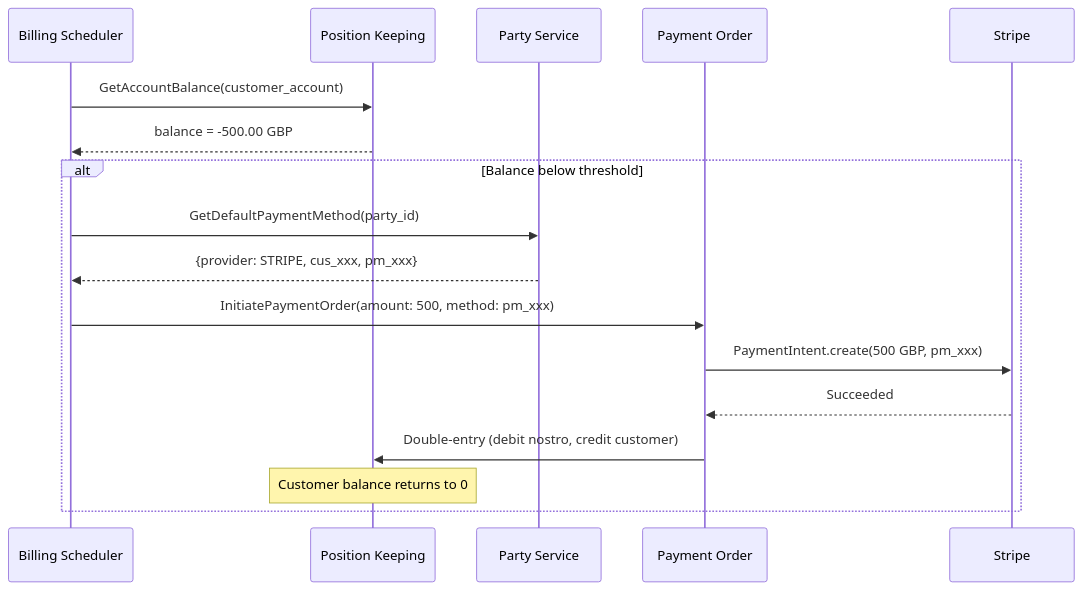
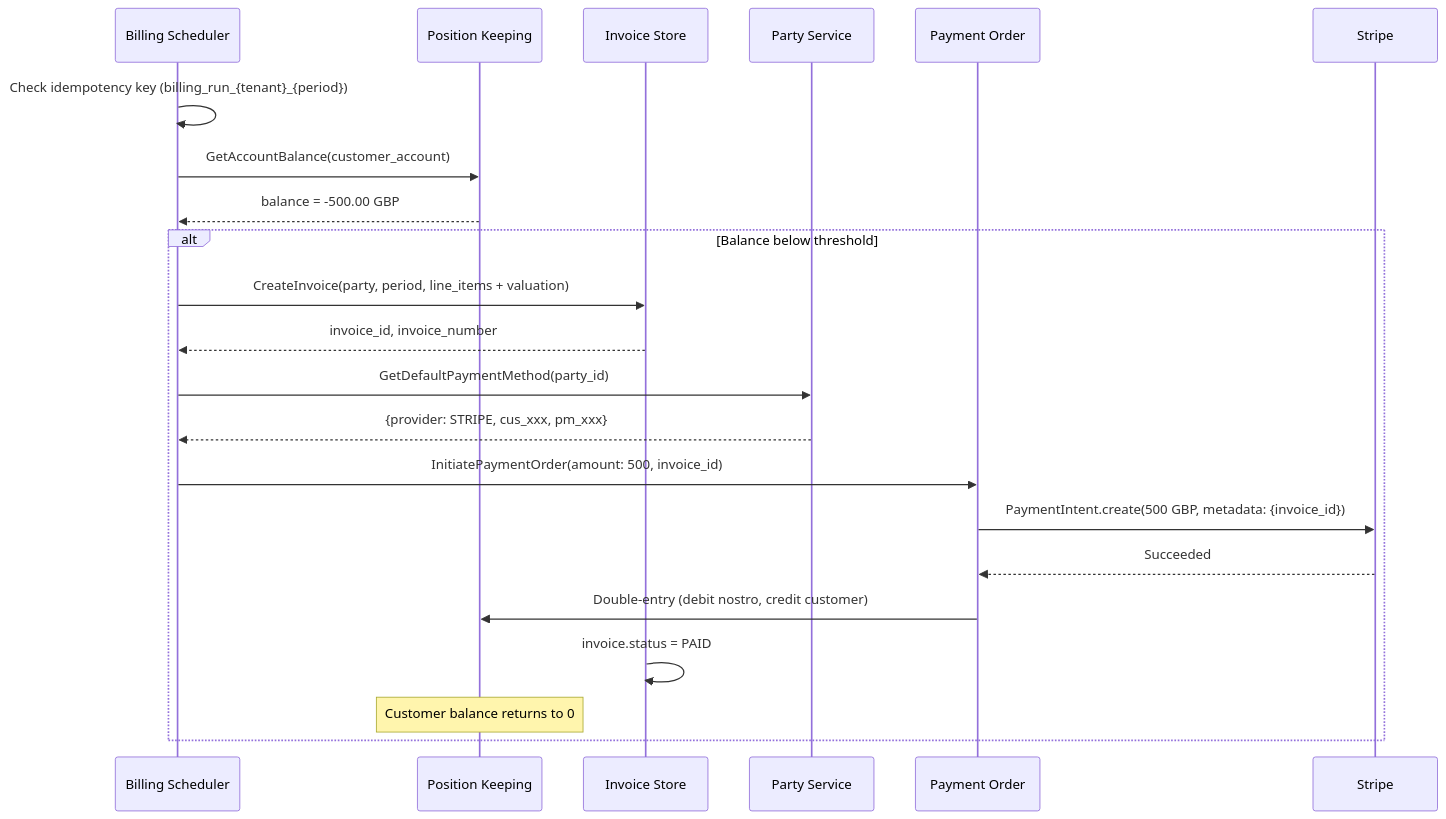
One commit to meridianhub/meridian changed the fourth of 6 diagrams in docs/prd/stripe-connect.md. Above: the diagram before and after it, drawn with Mermaid. The commit also changed other lines of this file and 1 other file, not shown here.

First line of the commit message:
docs: Address closed-loop feedback on billing and reference data

````diff
--- a/docs/prd/stripe-connect.md
+++ b/docs/prd/stripe-connect.md
@@ -624,21 +685,26 @@
 ```mermaid
 sequenceDiagram
     participant Sched as Billing Scheduler
     participant PK as Position Keeping
+    participant INV as Invoice Store
     participant Party as Party Service
     participant PO as Payment Order
     participant Stripe
 
+    Sched->>Sched: Check idempotency key (billing_run_{tenant}_{period})
     Sched->>PK: GetAccountBalance(customer_account)
     PK-->>Sched: balance = -500.00 GBP
 
     alt Balance below threshold
+        Sched->>INV: CreateInvoice(party, period, line_items + valuation)
+        INV-->>Sched: invoice_id, invoice_number
         Sched->>Party: GetDefaultPaymentMethod(party_id)
         Party-->>Sched: {provider: STRIPE, cus_xxx, pm_xxx}
-        Sched->>PO: InitiatePaymentOrder(amount: 500, method: pm_xxx)
-        PO->>Stripe: PaymentIntent.create(500 GBP, pm_xxx)
+        Sched->>PO: InitiatePaymentOrder(amount: 500, invoice_id)
+        PO->>Stripe: PaymentIntent.create(500 GBP, metadata: {invoice_id})
         Stripe-->>PO: Succeeded
         PO->>PK: Double-entry (debit nostro, credit customer)
+        INV->>INV: invoice.status = PAID
         Note over PK: Customer balance returns to 0
     end
 ```
````
